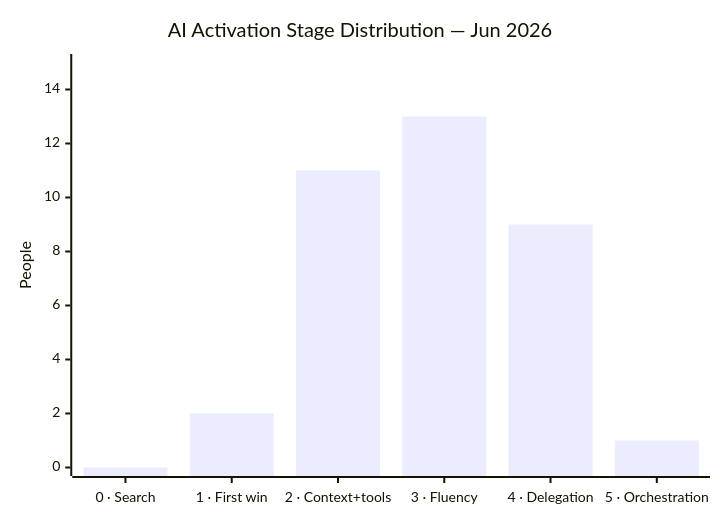
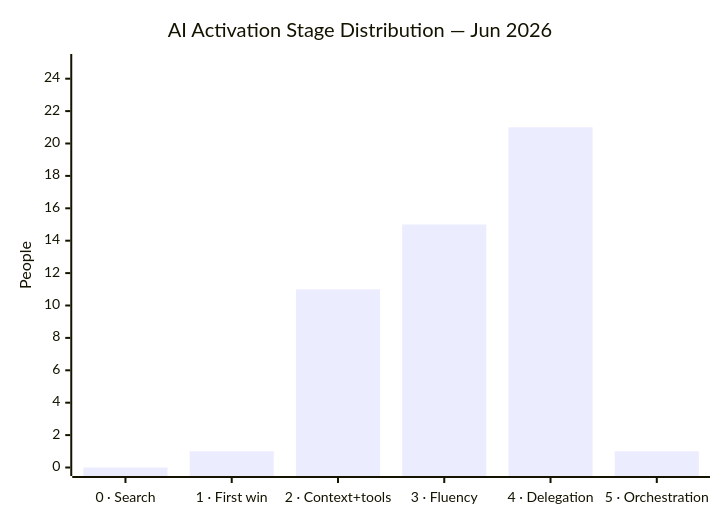
The diagram in reference/ai-activation-map.md (tomharvey/brain-hoai), drawn with Mermaid before and after one commit. The commit also changed other lines of this file and 172 other files, not shown here.

````diff
--- a/reference/ai-activation-map.md
+++ b/reference/ai-activation-map.md
@@ -37,7 +37,7 @@
 ```mermaid
 xychart-beta
     title "AI Activation Stage Distribution — Jun 2026"
     x-axis ["0 · Search", "1 · First win", "2 · Context+tools", "3 · Fluency", "4 · Delegation", "5 · Orchestration"]
-    y-axis "People" 0 --> 15
-    bar [0, 2, 11, 13, 9, 1]
+    y-axis "People" 0 --> 25
+    bar [0, 1, 11, 15, 21, 1]
 ```
````
